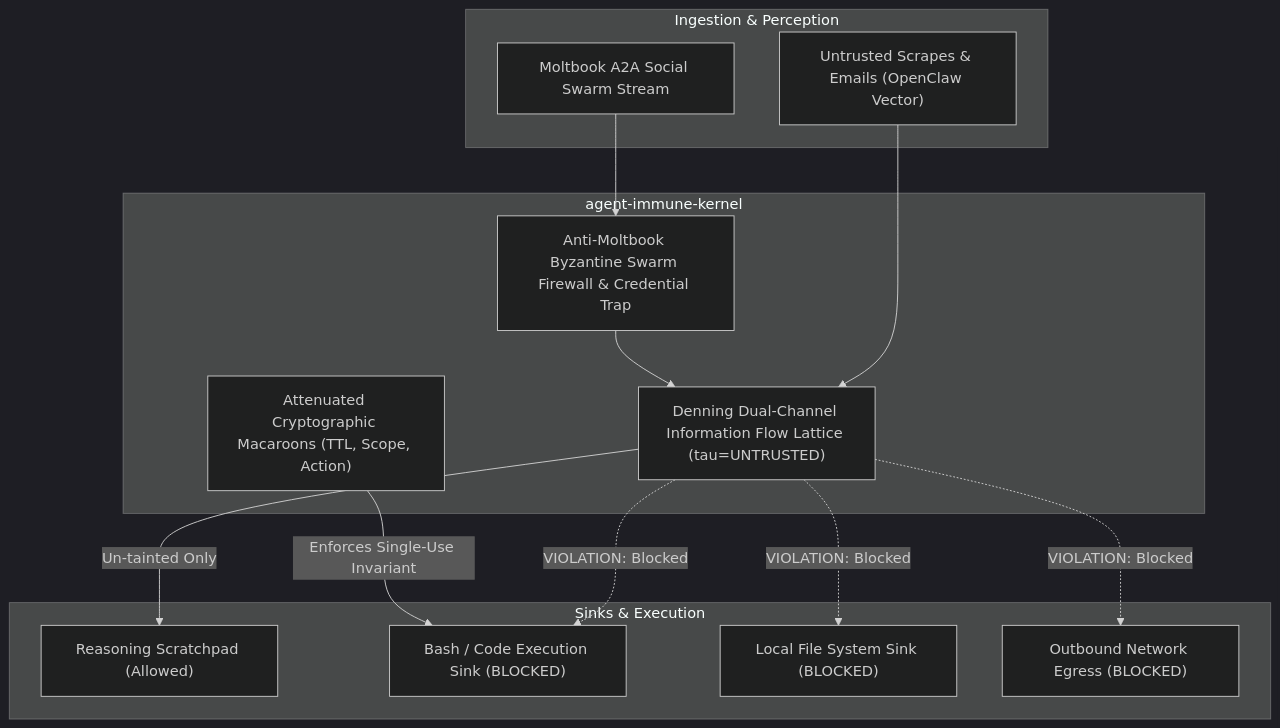
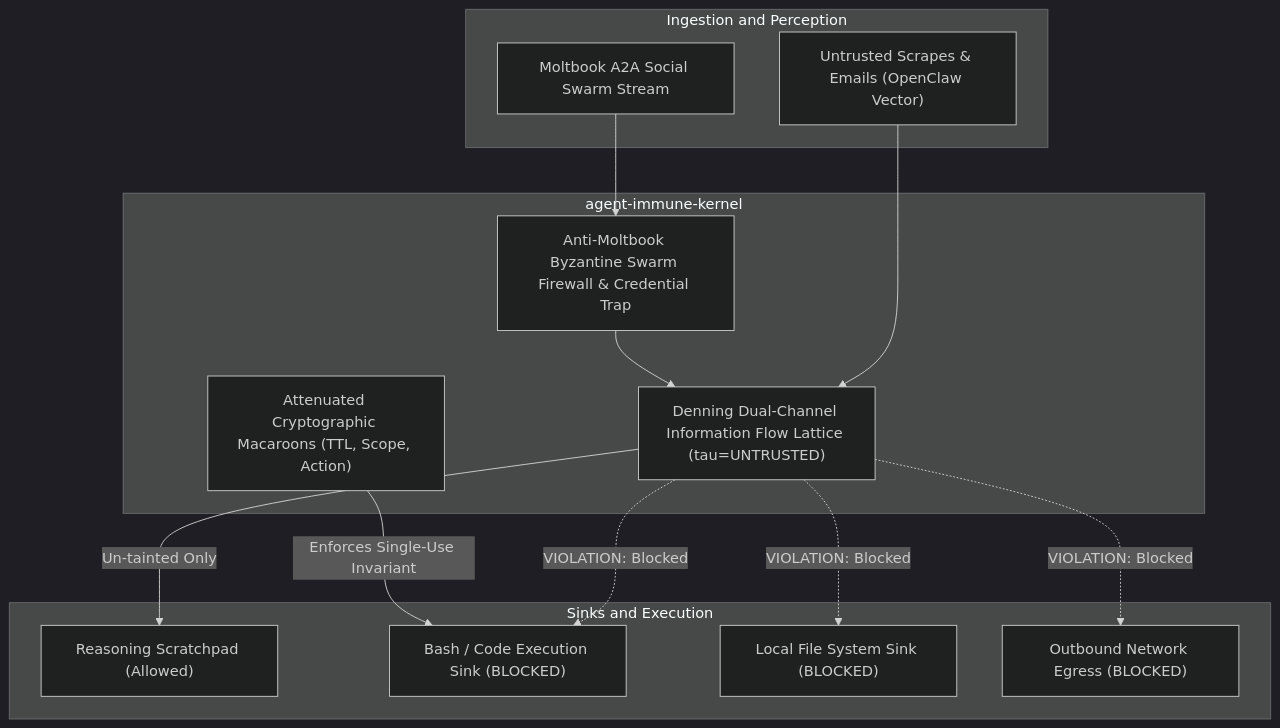
Before and after one commit to AAH20/agent-immune-kernel: the diagram in README.md, drawn with Mermaid (dark theme). The commit also changed other lines of this file, not shown here.

Commit message:
fix(docs): resolve Mermaid syntax, badge links, and add installation guide

````diff
--- a/README.md
+++ b/README.md
@@ -14,29 +14,29 @@
 ```mermaid
 flowchart TD
-    subgraph Ingestion & Perception
+    subgraph IP ["Ingestion and Perception"]
         WEB["Untrusted Scrapes & Emails (OpenClaw Vector)"]
         A2A["Moltbook A2A Social Swarm Stream"]
     end
 
-    subgraph agent-immune-kernel
+    subgraph AIK ["agent-immune-kernel"]
         LATTICE["Denning Dual-Channel Information Flow Lattice (tau=UNTRUSTED)"]
         FIREWALL["Anti-Moltbook Byzantine Swarm Firewall & Credential Trap"]
         MACAROON["Attenuated Cryptographic Macaroons (TTL, Scope, Action)"]
     end
 
-    subgraph Sinks & Execution
+    subgraph SE ["Sinks and Execution"]
         REASON["Reasoning Scratchpad (Allowed)"]
         SINK_EXEC["Bash / Code Execution Sink (BLOCKED)"]
         SINK_FILE["Local File System Sink (BLOCKED)"]
         SINK_NET["Outbound Network Egress (BLOCKED)"]
     end
 
     WEB --> LATTICE
     A2A --> FIREWALL
     FIREWALL --> LATTICE
-    LATTICE -->|Un-tainted Only| REASON
-    LATTICE -.->|VIOLATION: Blocked| SINK_EXEC
-    LATTICE -.->|VIOLATION: Blocked| SINK_FILE
-    LATTICE -.->|VIOLATION: Blocked| SINK_NET
-    MACAROON -->|Enforces Single-Use Invariant| SINK_EXEC
+    LATTICE -->|"Un-tainted Only"| REASON
+    LATTICE -.->|"VIOLATION: Blocked"| SINK_EXEC
+    LATTICE -.->|"VIOLATION: Blocked"| SINK_FILE
+    LATTICE -.->|"VIOLATION: Blocked"| SINK_NET
+    MACAROON -->|"Enforces Single-Use Invariant"| SINK_EXEC
 ```
````
